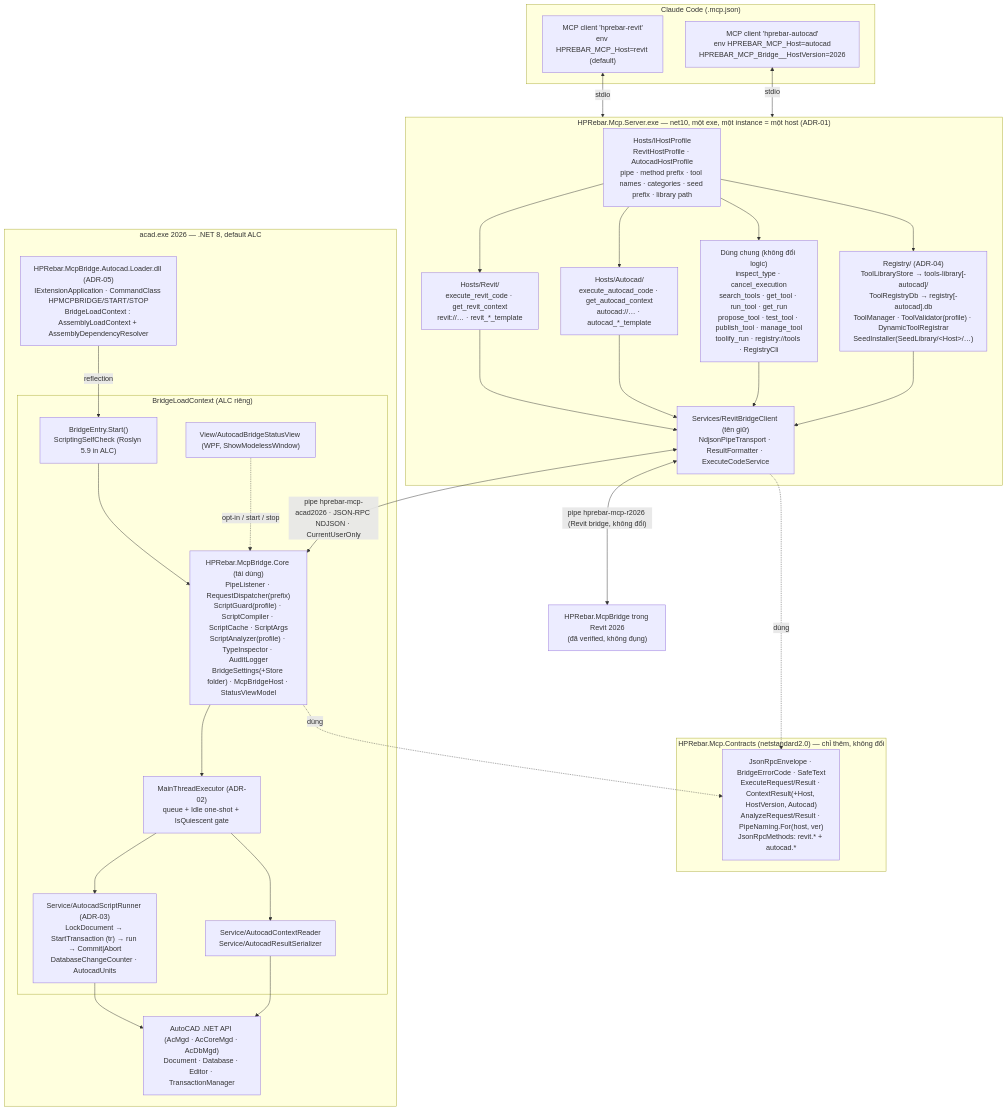
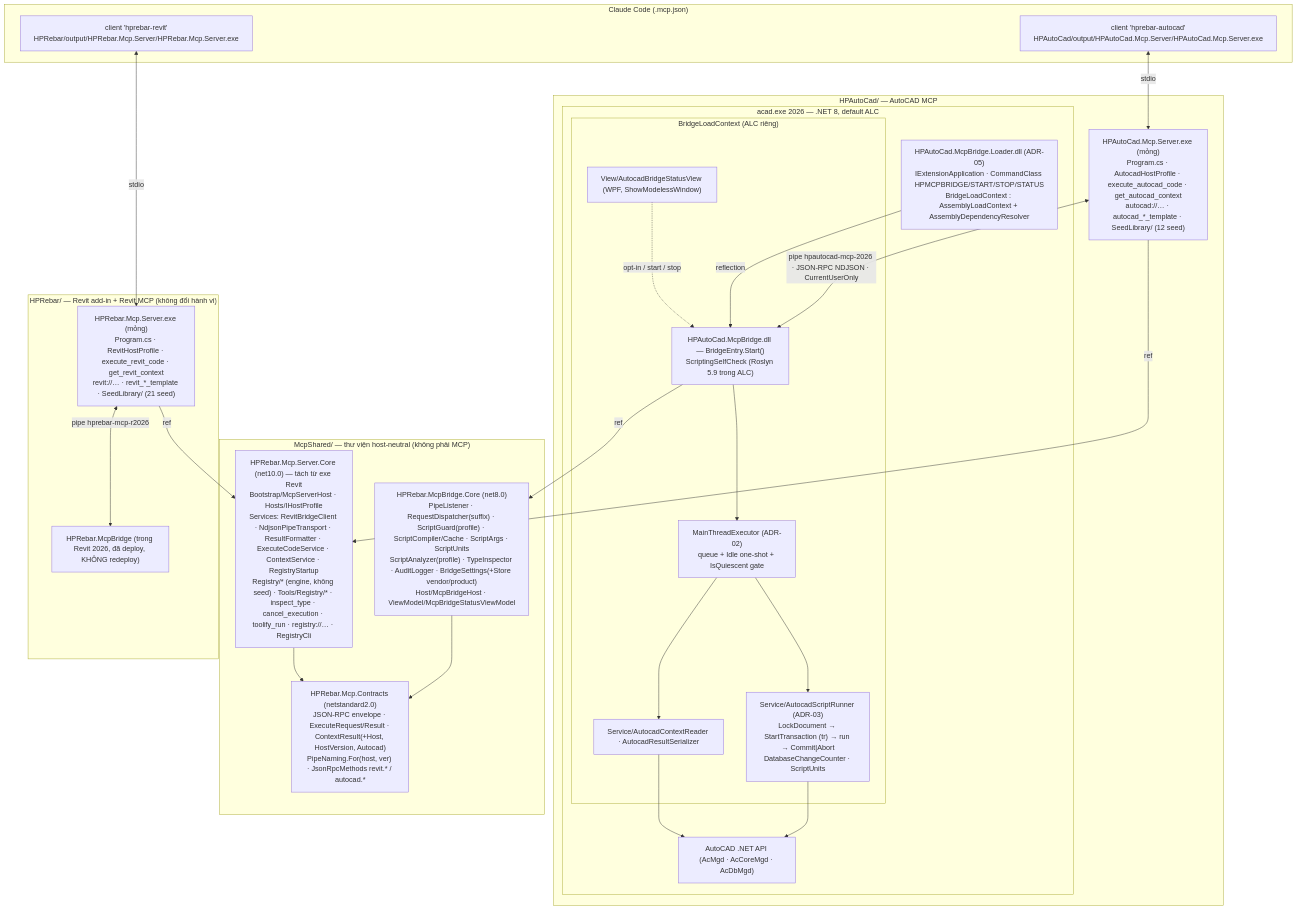
One commit to Lightingsang/AddinRebar changed the first of 2 diagrams in plans/260913-0000-autocad-mcp-bridge-2026/architecture.md. Above: the diagram before and after it, drawn with Mermaid. The commit also changed other lines of this file and 13 other files, not shown here.

First line of the commit message:
docs(plans): revise AutoCAD MCP bridge plan for one-MCP-per-folder layout

````diff
--- a/plans/260913-0000-autocad-mcp-bridge-2026/architecture.md
+++ b/plans/260913-0000-autocad-mcp-bridge-2026/architecture.md
@@ -9,49 +9,49 @@
 ```mermaid
 flowchart TB
     subgraph HOSTAI["Claude Code (.mcp.json)"]
-        C1["MCP client 'hprebar-revit'<br/>env HPREBAR_MCP_Host=revit (default)"]
-        C2["MCP client 'hprebar-autocad'<br/>env HPREBAR_MCP_Host=autocad<br/>HPREBAR_MCP_Bridge__HostVersion=2026"]
+        C1["client 'hprebar-revit'<br/>HPRebar/output/HPRebar.Mcp.Server/HPRebar.Mcp.Server.exe"]
+        C2["client 'hprebar-autocad'<br/>HPAutoCad/output/HPAutoCad.Mcp.Server/HPAutoCad.Mcp.Server.exe"]
     end
 
-    subgraph SERVER["HPRebar.Mcp.Server.exe — net10, một exe, một instance = một host (ADR-01)"]
-        PROF["Hosts/IHostProfile<br/>RevitHostProfile · AutocadHostProfile<br/>pipe · method prefix · tool names · categories · seed prefix · library path"]
-        CORE_R["Hosts/Revit/<br/>execute_revit_code · get_revit_context<br/>revit://… · revit_*_template"]
-        CORE_A["Hosts/Autocad/<br/>execute_autocad_code · get_autocad_context<br/>autocad://… · autocad_*_template"]
-        SHARED["Dùng chung (không đổi logic)<br/>inspect_type · cancel_execution<br/>search_tools · get_tool · run_tool · get_run<br/>propose_tool · test_tool · publish_tool · manage_tool<br/>toolify_run · registry://tools · RegistryCli"]
-        REG["Registry/ (ADR-04)<br/>ToolLibraryStore → tools-library[-autocad]/<br/>ToolRegistryDb → registry[-autocad].db<br/>ToolManager · ToolValidator(profile) · DynamicToolRegistrar<br/>SeedInstaller(SeedLibrary/&lt;Host&gt;/…)"]
-        CLI["Services/RevitBridgeClient (tên giữ)<br/>NdjsonPipeTransport · ResultFormatter · ExecuteCodeService"]
-        PROF --> CORE_R & CORE_A & SHARED & REG
-        CORE_R & CORE_A & SHARED --> CLI
-        REG --> CLI
+    subgraph SHARED["McpShared/ — thư viện host-neutral (không phải MCP)"]
+        CONTRACTS["HPRebar.Mcp.Contracts (netstandard2.0)<br/>JSON-RPC envelope · ExecuteRequest/Result · ContextResult(+Host, HostVersion, Autocad)<br/>PipeNaming.For(host, ver) · JsonRpcMethods revit.* / autocad.*"]
+        CORE["HPRebar.McpBridge.Core (net8.0)<br/>PipeListener · RequestDispatcher(suffix) · ScriptGuard(profile) · ScriptCompiler/Cache · ScriptArgs · ScriptUnits<br/>ScriptAnalyzer(profile) · TypeInspector · AuditLogger · BridgeSettings(+Store vendor/product)<br/>Host/McpBridgeHost · ViewModel/McpBridgeStatusViewModel"]
+        SCORE["HPRebar.Mcp.Server.Core (net10.0) — tách từ exe Revit<br/>Bootstrap/McpServerHost · Hosts/IHostProfile<br/>Services: RevitBridgeClient · NdjsonPipeTransport · ResultFormatter · ExecuteCodeService · ContextService · RegistryStartup<br/>Registry/* (engine, không seed) · Tools/Registry/* · inspect_type · cancel_execution · toolify_run · registry://… · RegistryCli"]
     end
 
-    subgraph CONTRACTS["HPRebar.Mcp.Contracts (netstandard2.0) — chỉ thêm, không đổi"]
-        DTO["JsonRpcEnvelope · BridgeErrorCode · SafeText<br/>ExecuteRequest/Result · ContextResult(+Host, HostVersion, Autocad)<br/>AnalyzeRequest/Result · PipeNaming.For(host, ver)<br/>JsonRpcMethods: revit.* + autocad.*"]
+    subgraph REVIT_F["HPRebar/ — Revit add-in + Revit MCP (không đổi hành vi)"]
+        RSRV["HPRebar.Mcp.Server.exe (mỏng)<br/>Program.cs · RevitHostProfile · execute_revit_code · get_revit_context<br/>revit://… · revit_*_template · SeedLibrary/ (21 seed)"]
+        RBR["HPRebar.McpBridge (trong Revit 2026, đã deploy, KHÔNG redeploy)"]
     end
 
-    subgraph ACAD["acad.exe 2026 — .NET 8, default ALC"]
-        LOADER["HPRebar.McpBridge.Autocad.Loader.dll (ADR-05)<br/>IExtensionApplication · CommandClass HPMCPBRIDGE/START/STOP<br/>BridgeLoadContext : AssemblyLoadContext + AssemblyDependencyResolver"]
-        subgraph ALC["BridgeLoadContext (ALC riêng)"]
-            ENTRY["BridgeEntry.Start()<br/>ScriptingSelfCheck (Roslyn 5.9 in ALC)"]
-            CORE["HPRebar.McpBridge.Core (tái dùng)<br/>PipeListener · RequestDispatcher(prefix)<br/>ScriptGuard(profile) · ScriptCompiler · ScriptCache · ScriptArgs<br/>ScriptAnalyzer(profile) · TypeInspector · AuditLogger<br/>BridgeSettings(+Store folder) · McpBridgeHost · StatusViewModel"]
-            EXEC["MainThreadExecutor (ADR-02)<br/>queue + Idle one-shot + IsQuiescent gate"]
-            RUN["Service/AutocadScriptRunner (ADR-03)<br/>LockDocument → StartTransaction (tr) → run → Commit|Abort<br/>DatabaseChangeCounter · AutocadUnits"]
-            CTX["Service/AutocadContextReader<br/>Service/AutocadResultSerializer"]
-            UI["View/AutocadBridgeStatusView (WPF, ShowModelessWindow)"]
-            ENTRY --> CORE --> EXEC --> RUN
-            EXEC --> CTX
-            UI -. opt-in / start / stop .-> CORE
+    subgraph ACAD_F["HPAutoCad/ — AutoCAD MCP"]
+        ASRV["HPAutoCad.Mcp.Server.exe (mỏng)<br/>Program.cs · AutocadHostProfile · execute_autocad_code · get_autocad_context<br/>autocad://… · autocad_*_template · SeedLibrary/ (12 seed)"]
+        subgraph ACAD["acad.exe 2026 — .NET 8, default ALC"]
+            LOADER["HPAutoCad.McpBridge.Loader.dll (ADR-05)<br/>IExtensionApplication · CommandClass HPMCPBRIDGE/START/STOP/STATUS<br/>BridgeLoadContext : AssemblyLoadContext + AssemblyDependencyResolver"]
+            subgraph ALC["BridgeLoadContext (ALC riêng)"]
+                ENTRY["HPAutoCad.McpBridge.dll — BridgeEntry.Start()<br/>ScriptingSelfCheck (Roslyn 5.9 trong ALC)"]
+                EXEC["MainThreadExecutor (ADR-02)<br/>queue + Idle one-shot + IsQuiescent gate"]
+                RUN["Service/AutocadScriptRunner (ADR-03)<br/>LockDocument → StartTransaction (tr) → run → Commit|Abort<br/>DatabaseChangeCounter · ScriptUnits"]
+                CTX["Service/AutocadContextReader · AutocadResultSerializer"]
+                UI["View/AutocadBridgeStatusView (WPF, ShowModelessWindow)"]
+                ENTRY --> EXEC --> RUN
+                EXEC --> CTX
+                UI -. opt-in / start / stop .-> ENTRY
+            end
+            API["AutoCAD .NET API (AcMgd · AcCoreMgd · AcDbMgd)"]
+            LOADER -->|reflection| ENTRY
+            RUN --> API
+            CTX --> API
         end
-        API["AutoCAD .NET API (AcMgd · AcCoreMgd · AcDbMgd)<br/>Document · Database · Editor · TransactionManager"]
-        LOADER -->|reflection| ENTRY
-        RUN --> API
-        CTX --> API
     end
 
-    C1 <-->|stdio| SERVER
-    C2 <-->|stdio| SERVER
-    CLI <-->|"pipe hprebar-mcp-r2026 (Revit bridge, không đổi)"| REVITBRIDGE["HPRebar.McpBridge trong Revit 2026<br/>(đã verified, không đụng)"]
-    CLI <-->|"pipe hprebar-mcp-acad2026 · JSON-RPC NDJSON · CurrentUserOnly"| CORE
-    CLI -. dùng .-> DTO
-    CORE -. dùng .-> DTO
+    C1 <-->|stdio| RSRV
+    C2 <-->|stdio| ASRV
+    RSRV -->|ref| SCORE
+    ASRV -->|ref| SCORE
+    SCORE --> CONTRACTS
+    CORE --> CONTRACTS
+    ENTRY -->|ref| CORE
+    RSRV <-->|"pipe hprebar-mcp-r2026"| RBR
+    ASRV <-->|"pipe hpautocad-mcp-2026 · JSON-RPC NDJSON · CurrentUserOnly"| ENTRY
 ```
````
